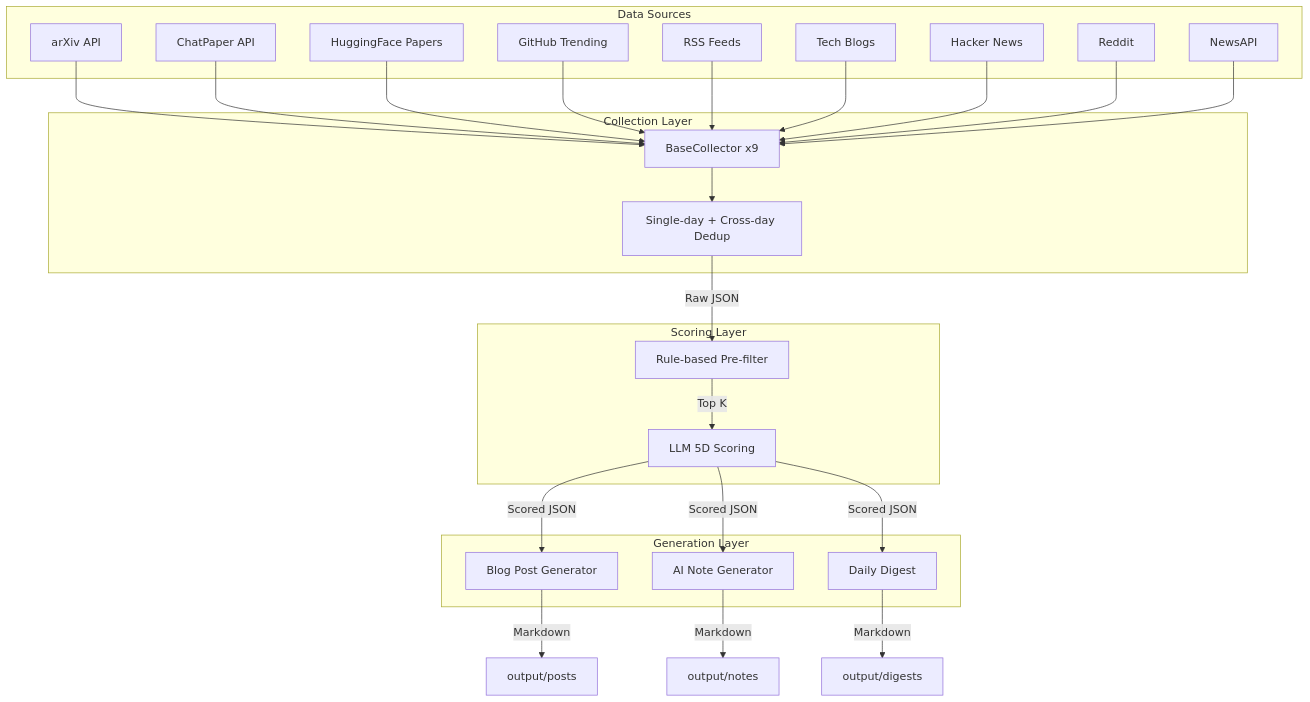
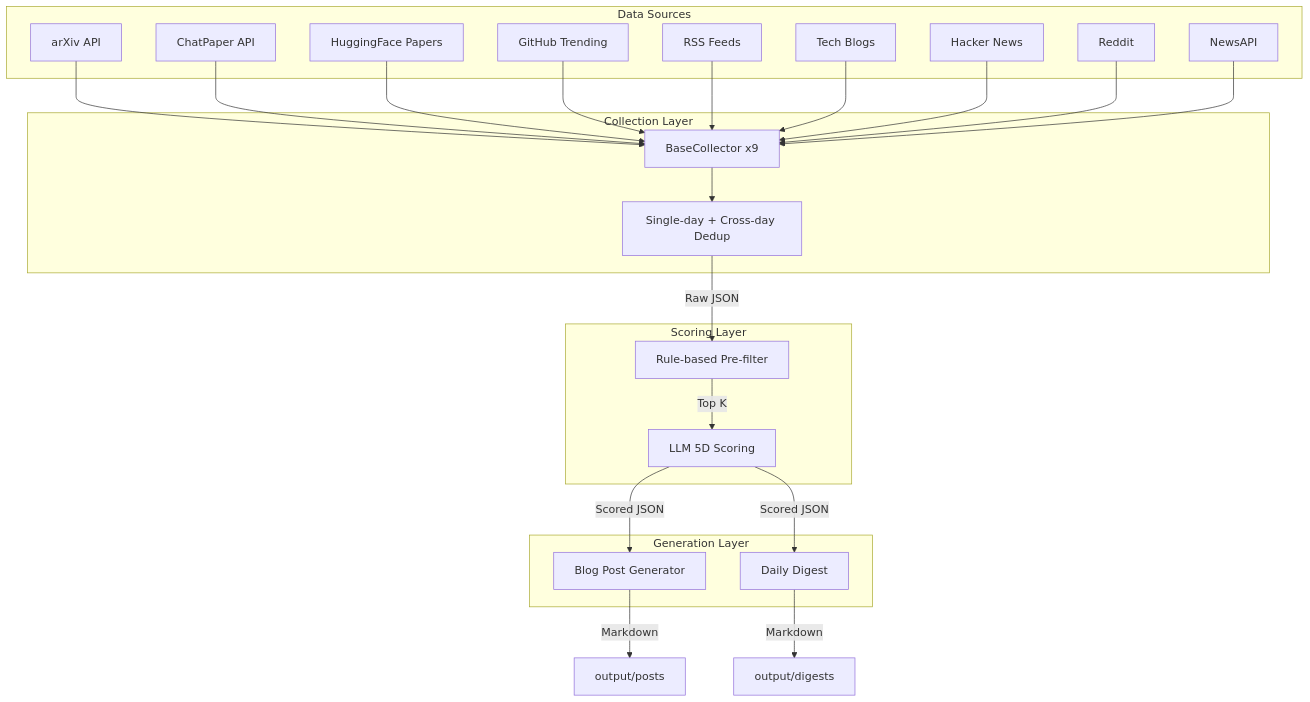
One commit to yifor01/auto_blog changed the diagram in README.md. Above: the diagram before and after it, drawn with Mermaid. The commit also changed other lines of this file and 12 other files, not shown here.

````diff
--- a/README.md
+++ b/README.md
@@ -41,51 +43,48 @@
 ```mermaid
 graph TD;
     subgraph Data Sources
         Arxiv[arXiv API]
         CP[ChatPaper API]
         HF[HuggingFace Papers]
         GH[GitHub Trending]
         RSS[RSS Feeds]
         Blog[Tech Blogs]
         HN[Hacker News]
         Reddit[Reddit]
         News[NewsAPI]
     end
 
     subgraph Collection Layer
         Collect[BaseCollector x9]
         Dedup[Single-day + Cross-day Dedup]
     end
 
     subgraph Scoring Layer
         RuleEngine[Rule-based Pre-filter]
         LLMScore[LLM 5D Scoring]
     end
 
     subgraph Generation Layer
         PostGen[Blog Post Generator]
-        NoteGen[AI Note Generator]
         DigestGen[Daily Digest]
     end
 
     Arxiv --> Collect
     CP --> Collect
     HF --> Collect
     GH --> Collect
     RSS --> Collect
     Blog --> Collect
     HN --> Collect
     Reddit --> Collect
     News --> Collect
 
     Collect --> Dedup
     Dedup --> |Raw JSON| RuleEngine
     RuleEngine --> |Top K| LLMScore
     LLMScore --> |Scored JSON| PostGen
-    LLMScore --> |Scored JSON| NoteGen
     LLMScore --> |Scored JSON| DigestGen
 
     PostGen --> |Markdown| output/posts
-    NoteGen --> |Markdown| output/notes
     DigestGen --> |Markdown| output/digests
 ```
````
